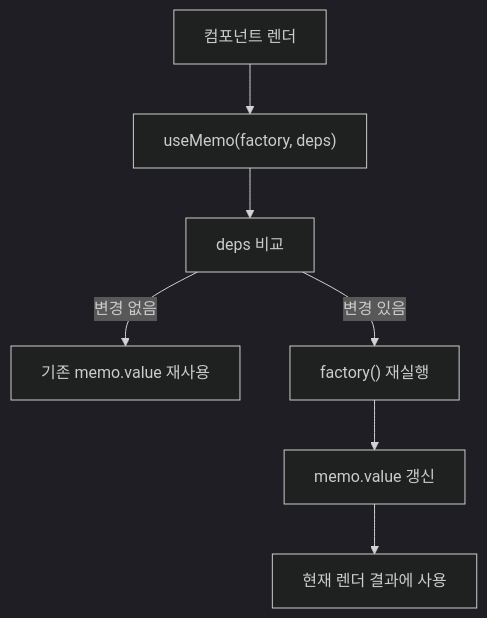
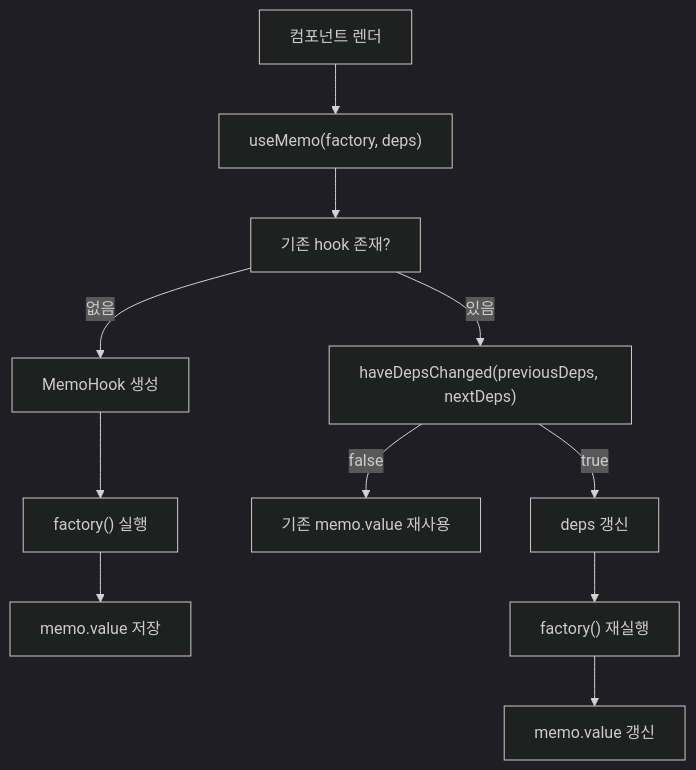
One commit to Jungle-12-303/week5-team3-react2 changed the eighth of 11 diagrams in docs/HOOKS_VDOM_FLOW.md. Above: the diagram before and after it, drawn with Mermaid (dark theme). The commit also changed other lines of this file and 4 other files, not shown here.

Commit message:
docs: expand hooks guide and add class diagrams

````diff
--- a/docs/HOOKS_VDOM_FLOW.md
+++ b/docs/HOOKS_VDOM_FLOW.md
@@ -134,9 +166,13 @@
 ```mermaid
 flowchart TD
     A["컴포넌트 렌더"] --> B["useMemo(factory, deps)"]
-    B --> C["deps 비교"]
-    C -->|변경 없음| D["기존 memo.value 재사용"]
-    C -->|변경 있음| E["factory() 재실행"]
-    E --> F["memo.value 갱신"]
-    F --> G["현재 렌더 결과에 사용"]
+    B --> C["기존 hook 존재?"]
+    C -->|없음| D["MemoHook 생성"]
+    D --> E["factory() 실행"]
+    E --> F["memo.value 저장"]
+    C -->|있음| G["haveDepsChanged(previousDeps, nextDeps)"]
+    G -->|false| H["기존 memo.value 재사용"]
+    G -->|true| I["deps 갱신"]
+    I --> J["factory() 재실행"]
+    J --> K["memo.value 갱신"]
 ```
````
